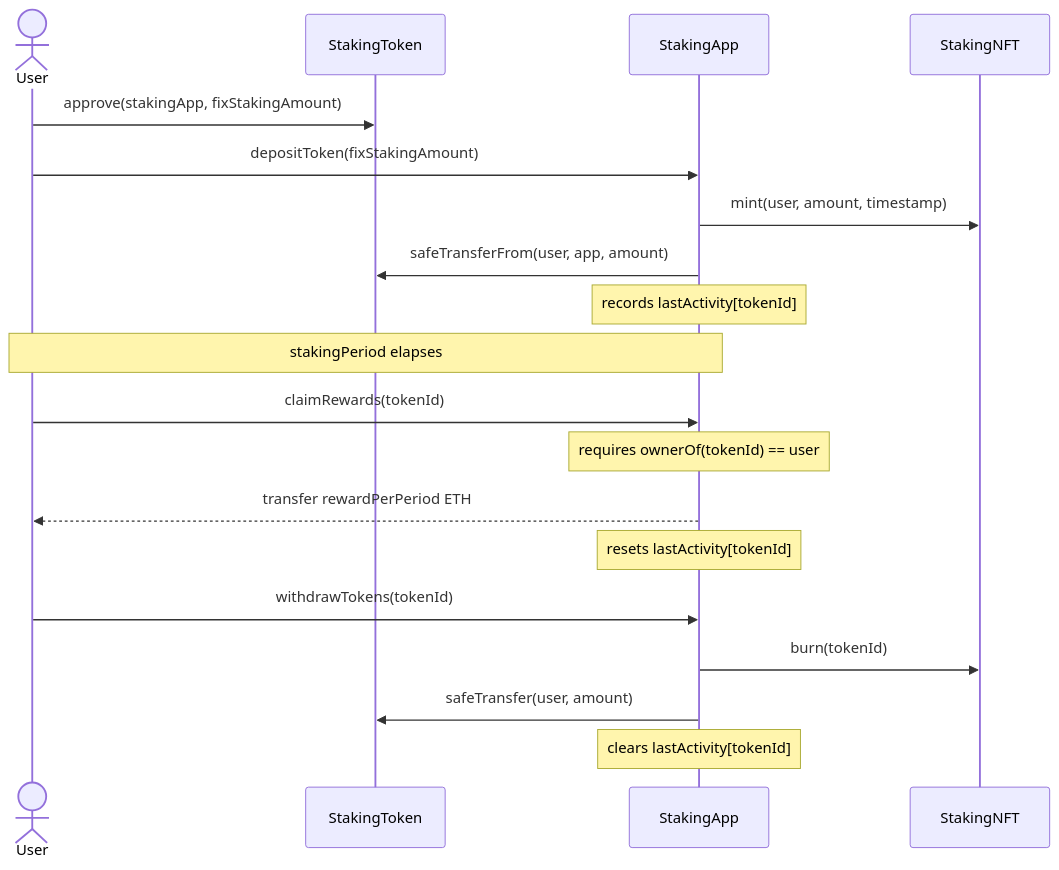
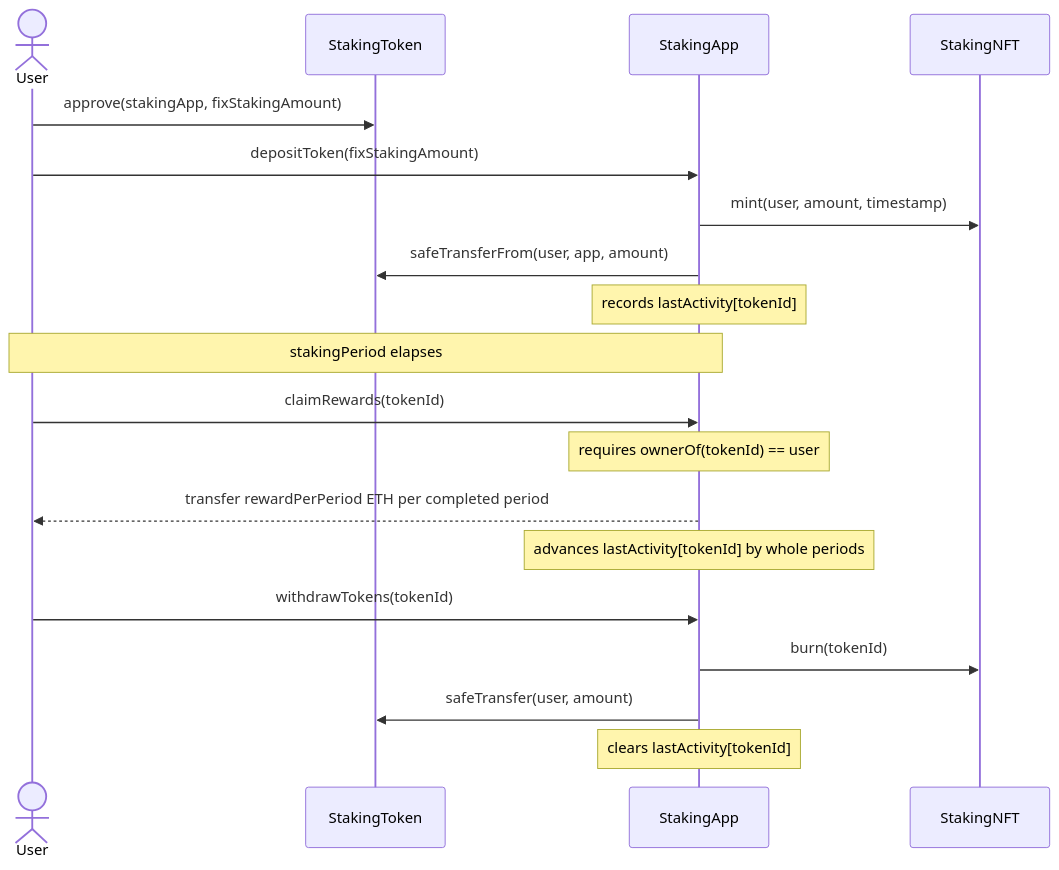
The second of 2 diagrams in README.md (sergiiogg7/staking-protocol), drawn with Mermaid before and after one commit. The commit also changed other lines of this file and 8 other files, not shown here.

First line of the commit message:
feat: pay rewards for every completed staking period

````diff
--- a/README.md
+++ b/README.md
@@ -44,25 +44,25 @@
 ```mermaid
 sequenceDiagram
     actor User
     participant StakingToken
     participant StakingApp
     participant StakingNFT
 
     User->>StakingToken: approve(stakingApp, fixStakingAmount)
     User->>StakingApp: depositToken(fixStakingAmount)
     StakingApp->>StakingNFT: mint(user, amount, timestamp)
     StakingApp->>StakingToken: safeTransferFrom(user, app, amount)
     Note over StakingApp: records lastActivity[tokenId]
 
     Note over User,StakingApp: stakingPeriod elapses
 
     User->>StakingApp: claimRewards(tokenId)
     Note over StakingApp: requires ownerOf(tokenId) == user
-    StakingApp-->>User: transfer rewardPerPeriod ETH
-    Note over StakingApp: resets lastActivity[tokenId]
+    StakingApp-->>User: transfer rewardPerPeriod ETH per completed period
+    Note over StakingApp: advances lastActivity[tokenId] by whole periods
 
     User->>StakingApp: withdrawTokens(tokenId)
     StakingApp->>StakingNFT: burn(tokenId)
     StakingApp->>StakingToken: safeTransfer(user, amount)
     Note over StakingApp: clears lastActivity[tokenId]
 ```
````
